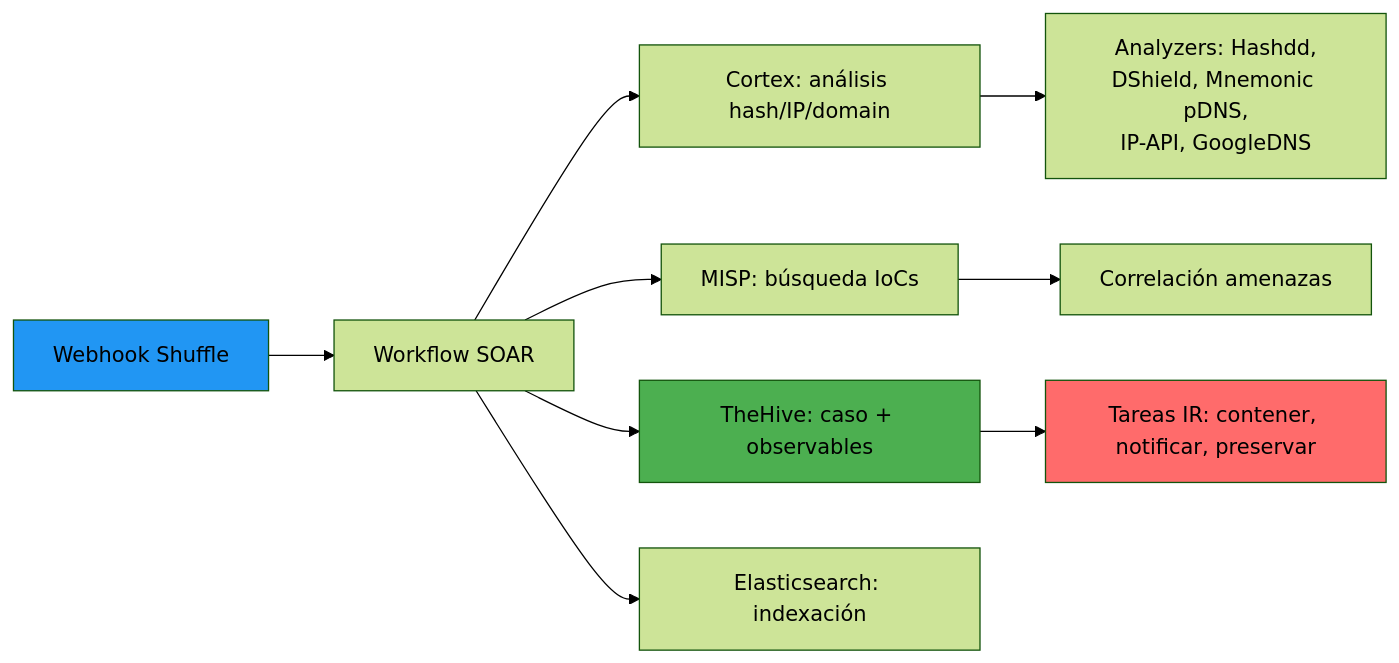
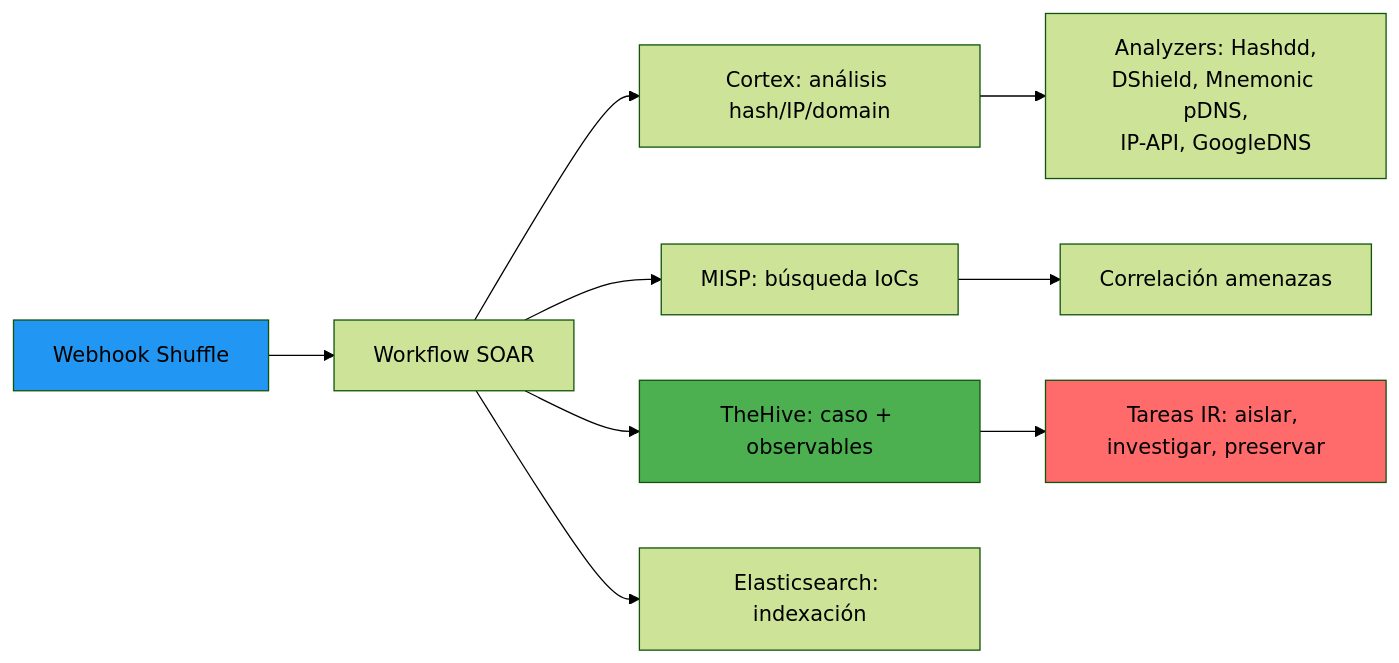
Diagram 12 of 12 in docs/thesis/appendix_f.md (alesanfe/soar-ransomware-lab), drawn with Mermaid (forest theme) before and after one commit. The commit also changed other lines of this file, not shown here.

````diff
--- a/docs/thesis/appendix_f.md
+++ b/docs/thesis/appendix_f.md
@@ -422,14 +420,14 @@
 ```mermaid
 graph LR
  A[Webhook Shuffle] --> B[Workflow SOAR]
  B --> C[Cortex: análisis hash/IP/domain]
  B --> D[MISP: búsqueda IoCs]
  B --> E[TheHive: caso + observables]
  B --> F[Elasticsearch: indexación]
  C --> G[Analyzers: Hashdd,<br/>DShield, Mnemonic pDNS,<br/>IP-API, GoogleDNS]
  D --> H[Correlación amenazas]
- E --> I[Tareas IR: contener, notificar, preservar]
+ E --> I[Tareas IR: aislar, investigar, preservar]
  style A fill:#2196F3
  style E fill:#4CAF50
  style I fill:#ff6b6b
 ```
````
